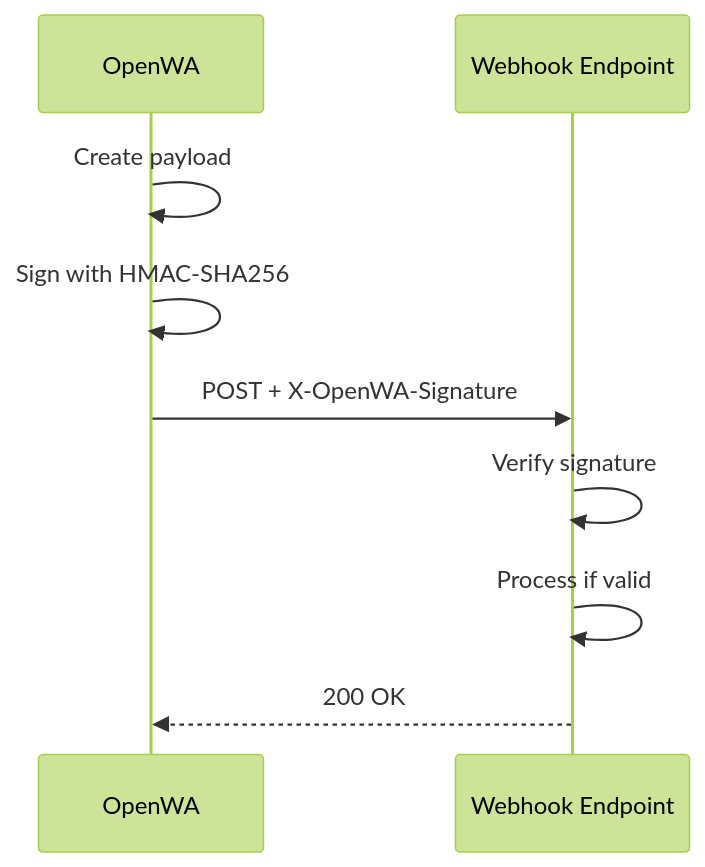
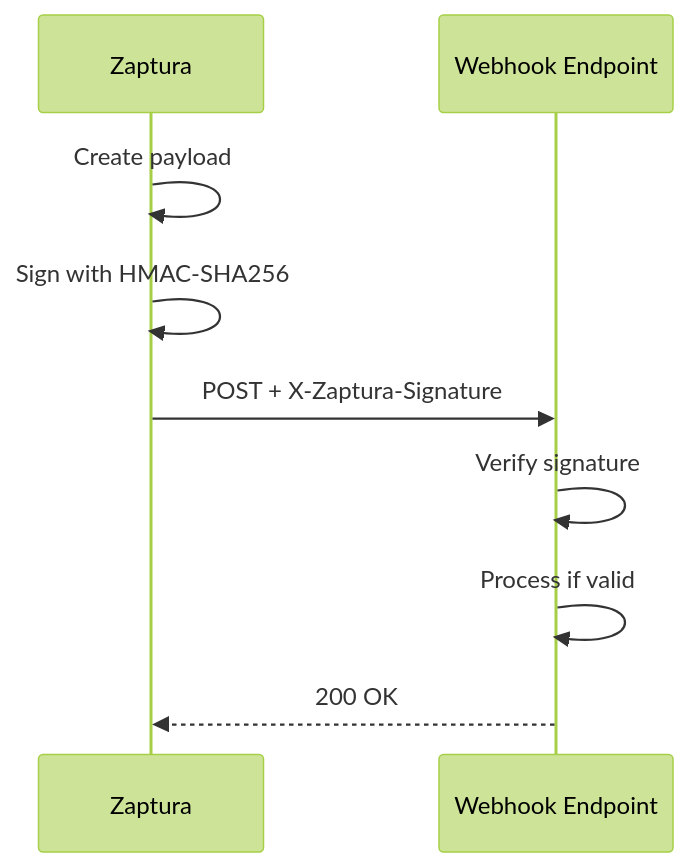
One commit to AsmSafone/Whatsapp-SaaS changed the sixth of 9 diagrams in docs/04-security-design.md. Above: the diagram before and after it, drawn with Mermaid (forest theme). The commit also changed other lines of this file and 940 other files, not shown here.

````diff
--- a/docs/04-security-design.md
+++ b/docs/04-security-design.md
@@ -342,12 +341,12 @@
 ```mermaid
 sequenceDiagram
-    participant OW as OpenWA
+    participant OW as Zaptura
     participant WH as Webhook Endpoint
 
     OW->>OW: Create payload
     OW->>OW: Sign with HMAC-SHA256
-    OW->>WH: POST + X-OpenWA-Signature
+    OW->>WH: POST + X-Zaptura-Signature
     WH->>WH: Verify signature
     WH->>WH: Process if valid
     WH-->>OW: 200 OK
 ```
````
